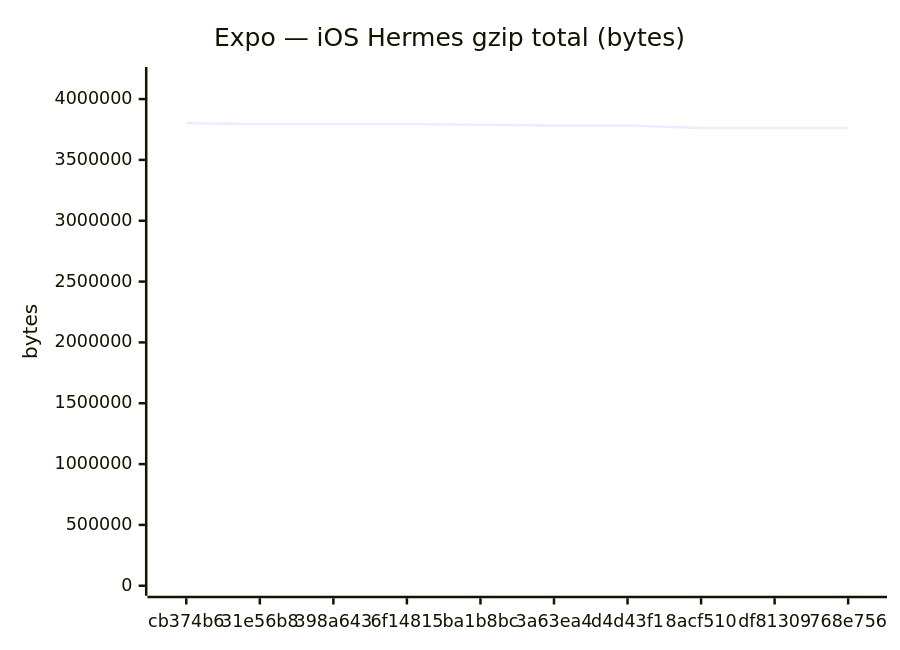
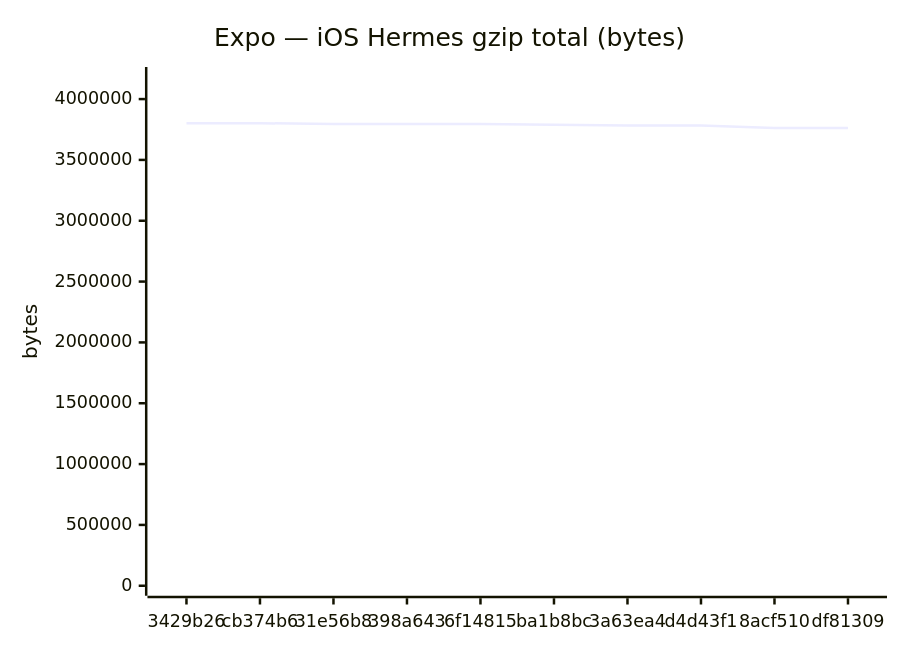
Before and after one commit to Metaheurist/Rianell: the sixth of 18 diagrams in benchmarks/compare.md, drawn with Mermaid. The commit also changed other lines of this file and 11 other files, not shown here.

````diff
--- a/benchmarks/compare.md
+++ b/benchmarks/compare.md
@@ -96,7 +96,7 @@
 ```mermaid
 xychart-beta
     title "Expo — iOS Hermes gzip total (bytes)"
-    x-axis ["cb374b6", "31e56b8", "398a643", "6f14815", "ba1b8bc", "3a63ea4", "d4d43f1", "8acf510", "df81309", "768e756"]
-    y-axis "bytes" 0 --> 4181436
-    line [3801305, 3796002, 3796002, 3796005, 3788525, 3783517, 3783520, 3762734, 3762736, 3762498]
+    x-axis ["3429b26", "cb374b6", "31e56b8", "398a643", "6f14815", "ba1b8bc", "3a63ea4", "d4d43f1", "8acf510", "df81309"]
+    y-axis "bytes" 0 --> 4181440
+    line [3801309, 3801305, 3796002, 3796002, 3796005, 3788525, 3783517, 3783520, 3762734, 3762736]
 ```
````
